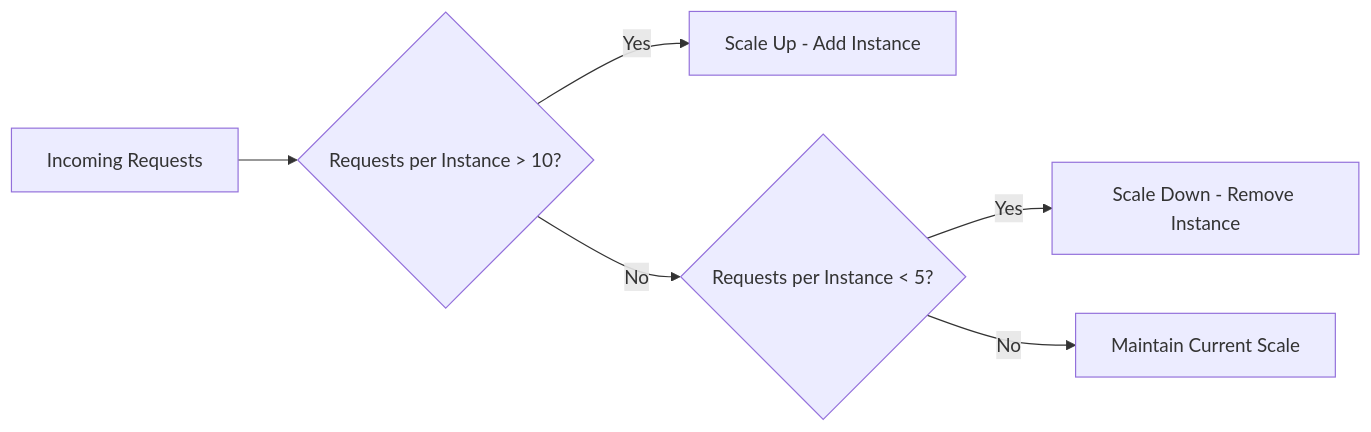
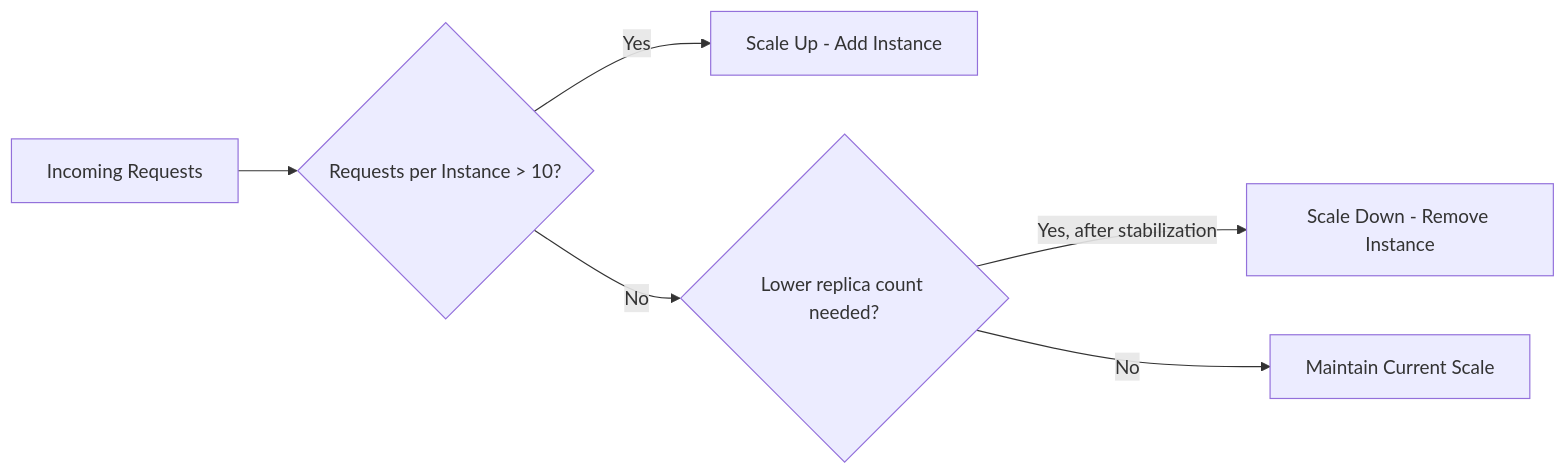
The diagram in posts/2026-02-16-deploy-fastapi-azure-container-apps/README.md (OneUptime/blog), drawn with Mermaid before and after one commit. The commit also changed other lines of this file and 2 other files, not shown here.

````diff
--- a/posts/2026-02-16-deploy-fastapi-azure-container-apps/README.md
+++ b/posts/2026-02-16-deploy-fastapi-azure-container-apps/README.md
@@ -282,8 +283,8 @@
 ```mermaid
 graph LR
     A[Incoming Requests] --> B{Requests per Instance > 10?}
     B -->|Yes| C[Scale Up - Add Instance]
-    B -->|No| D{Requests per Instance < 5?}
-    D -->|Yes| E[Scale Down - Remove Instance]
+    B -->|No| D{Lower replica count needed?}
+    D -->|Yes, after stabilization| E[Scale Down - Remove Instance]
     D -->|No| F[Maintain Current Scale]
 ```
````
